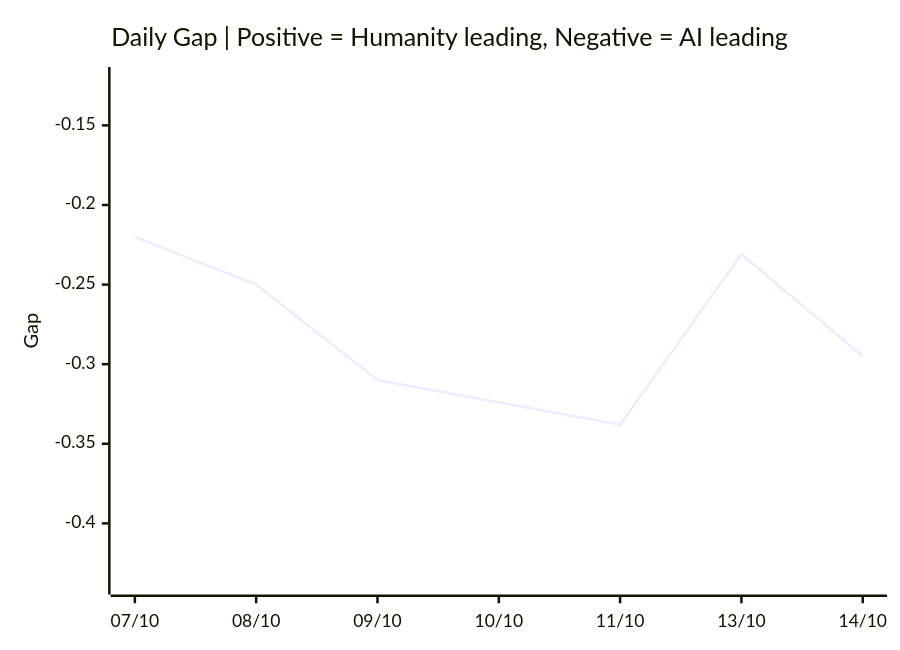
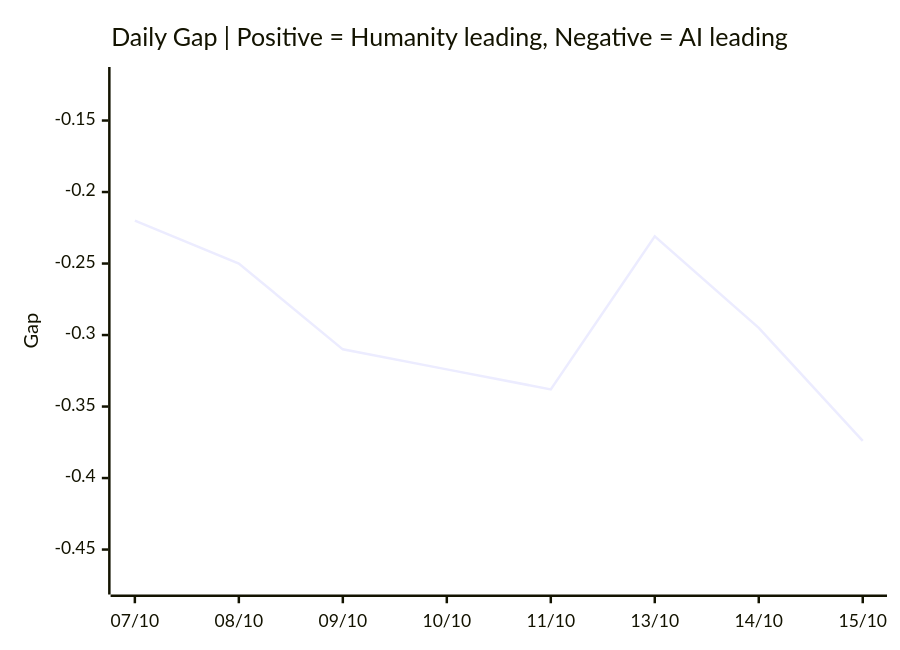
Before and after one commit to VQQLK/Human-AI-Monitor: the third of 3 diagrams in README.md, drawn with Mermaid. The commit also changed other lines of this file and 5 other files, not shown here.

````diff
--- a/README.md
+++ b/README.md
@@ -55,7 +55,7 @@
 ```mermaid
 xychart-beta
     title "Daily Gap | Positive = Humanity leading, Negative = AI leading"
-    x-axis ["07/10", "08/10", "09/10", "10/10", "11/10", "13/10", "14/10"]
-    y-axis "Gap" -0.438 --> -0.120
-    line [-0.220, -0.250, -0.310, -0.324, -0.338, -0.231, -0.295]
+    x-axis ["07/10", "08/10", "09/10", "10/10", "11/10", "13/10", "14/10", "15/10"]
+    y-axis "Gap" -0.474 --> -0.120
+    line [-0.220, -0.250, -0.310, -0.324, -0.338, -0.231, -0.295, -0.374]
 ```
````
